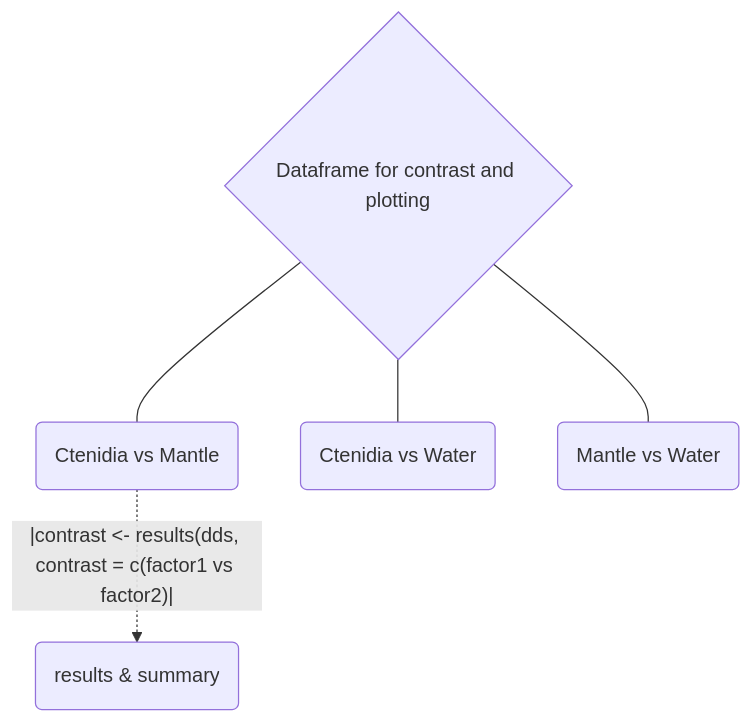
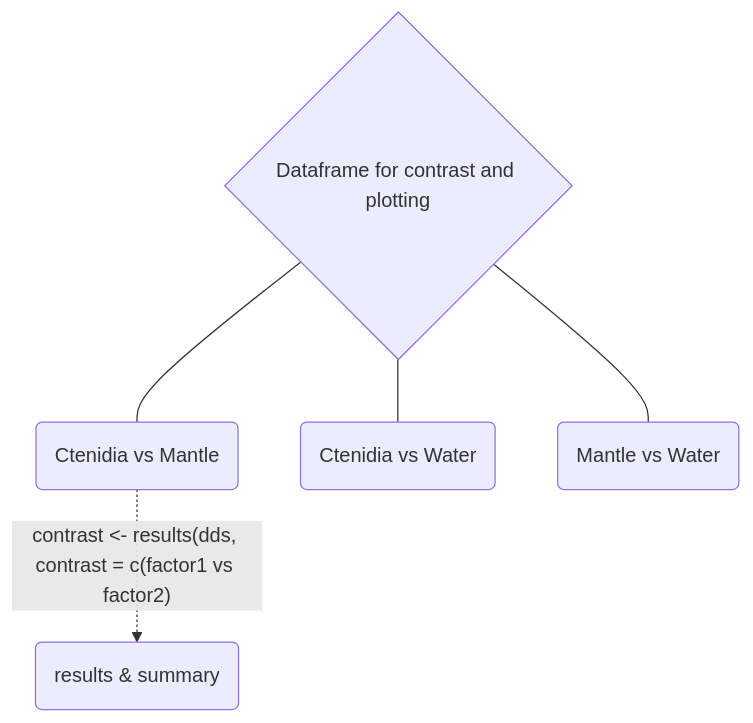
One commit to aptejada/Mermaid-Markdown-Practice-File changed the fifth of 5 diagrams in README.md. Above: the diagram before and after it, drawn with Mermaid.

````diff
--- a/README.md
+++ b/README.md
@@ -79,7 +79,7 @@
 ```mermaid
 graph TD;
 A{Dataframe for contrast and plotting} ---B(Ctenidia vs Mantle) 
 A ---C(Ctenidia vs Water)
 A ---D(Mantle vs Water)
-B-. |contrast <- results(dds, contrast = c(factor1 vs factor2)| .-> E(results & summary)
+B-. "contrast <- results(dds, contrast = c(factor1 vs factor2)" .-> E(results & summary)
 ```
````
